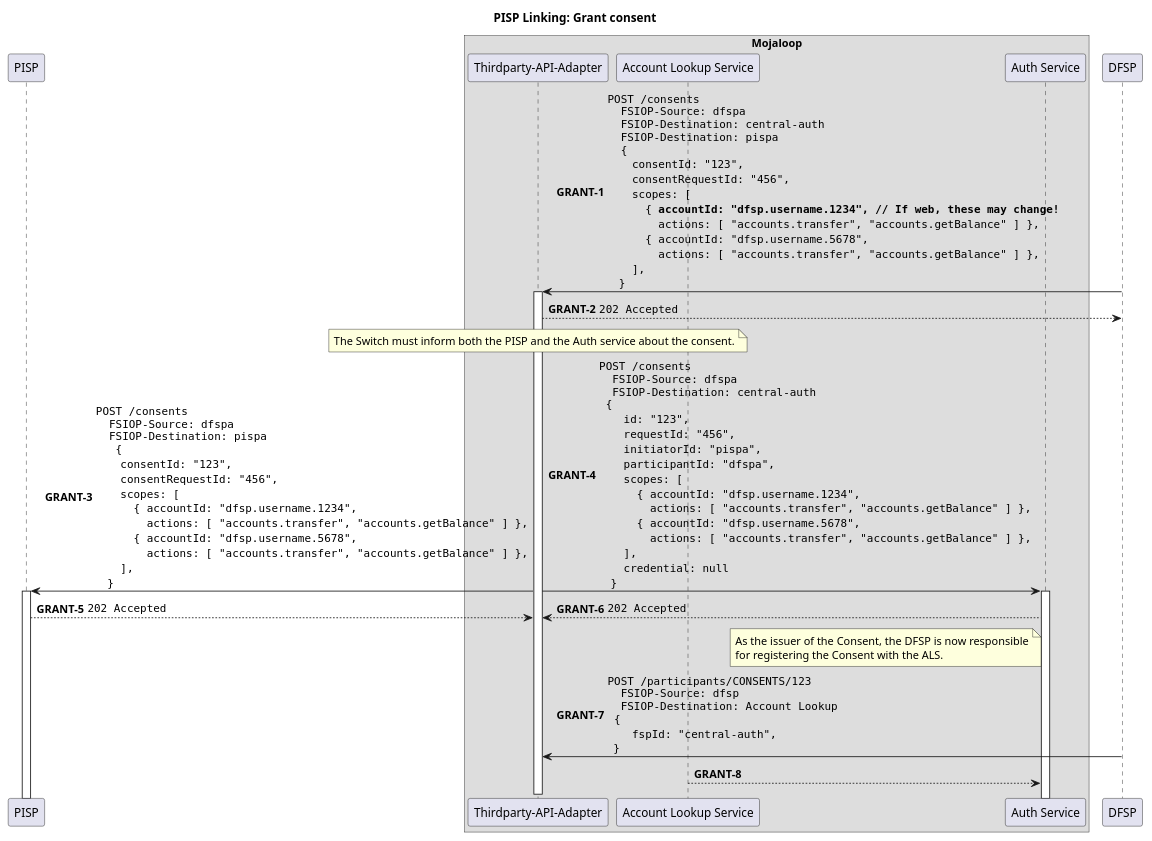
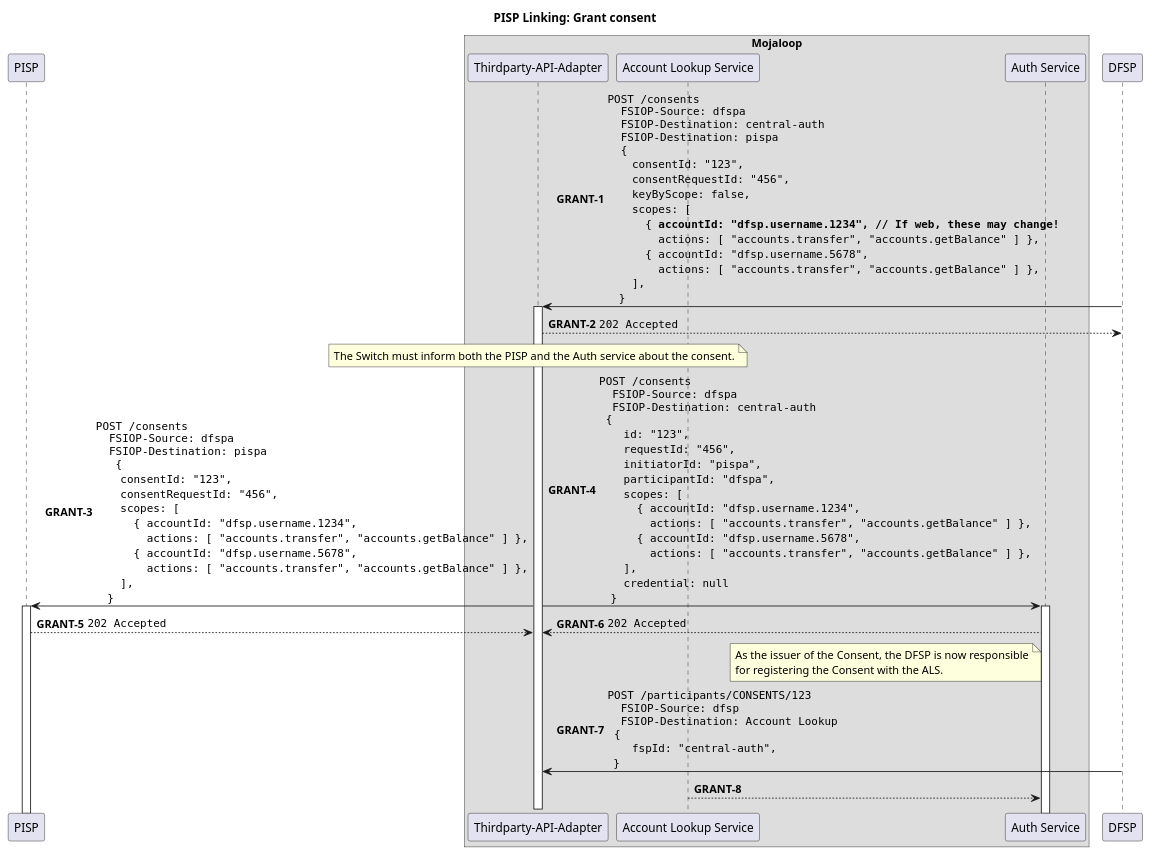
Before and after one commit to mojaloop/pisp-project: the diagram in docs/linking/4-grant-consent.puml, drawn with PlantUML. The commit also changed 2 other files, not shown here.

```diff
--- a/docs/linking/4-grant-consent.puml
+++ b/docs/linking/4-grant-consent.puml
@@ -1,89 +1,92 @@
 @startuml
 
 !pragma teoz true
 
 title PISP Linking: Grant consent
 
 participant "PISP" as PISP
 
 box "Mojaloop"
     participant "Thirdparty-API-Adapter" as Switch
     participant "Account Lookup Service" as ALS
     participant "Auth Service" as Auth
 end box
 
 participant "DFSP" as DFSP
 
 autonumber 1 "<b>GRANT-#</b>"
 
 DFSP -> Switch ++: ""POST /consents""\n\
 ""  FSIOP-Source: dfspa""\n\
 ""  FSIOP-Destination: central-auth""\n\
 ""  FSIOP-Destination: pispa""\n\
 ""  {""\n\
     ""  consentId: "123",""\n\
     ""  consentRequestId: "456",""\n\
+    ""  keyByScope: false,""\n\
     ""  scopes: [ ""\n\
     ""    { **accountId: "dfsp.username.1234", // If web, these may change!**""\n\
     ""      actions: [ "accounts.transfer", "accounts.getBalance" ] },""\n\
     ""    { accountId: "dfsp.username.5678",""\n\
     ""      actions: [ "accounts.transfer", "accounts.getBalance" ] },""\n\
     ""  ],""\n\
     ""}""
 Switch --> DFSP: ""202 Accepted""
 deactivate DFSP
 
 note over Switch
   The Switch must inform both the PISP and the Auth service about the consent.
 end note
 
 Switch -> PISP ++: ""POST /consents""\n\
 ""  FSIOP-Source: dfspa""\n\
 ""  FSIOP-Destination: pispa""\n\
 ""   {""\n\
     ""  consentId: "123",""\n\
     ""  consentRequestId: "456",""\n\
     ""  scopes: [ ""\n\
     ""    { accountId: "dfsp.username.1234",""\n\
     ""      actions: [ "accounts.transfer", "accounts.getBalance" ] },""\n\
     ""    { accountId: "dfsp.username.5678",""\n\
     ""      actions: [ "accounts.transfer", "accounts.getBalance" ] },""\n\
     ""  ],""\n\
     ""}""
 & Switch -> Auth ++: ""POST /consents""\n\
 ""  FSIOP-Source: dfspa""\n\
 ""  FSIOP-Destination: central-auth""\n\
 "" {""\n\
     ""  id: "123",""\n\
     ""  requestId: "456",""\n\
     ""  initiatorId: "pispa",""\n\
     ""  participantId: "dfspa",""\n\
     ""  scopes: [ ""\n\
     ""    { accountId: "dfsp.username.1234",""\n\
     ""      actions: [ "accounts.transfer", "accounts.getBalance" ] },""\n\
     ""    { accountId: "dfsp.username.5678",""\n\
     ""      actions: [ "accounts.transfer", "accounts.getBalance" ] },""\n\
     ""  ],""\n\
     ""  credential: null""\n\
     ""}""
 
 PISP --> Switch: ""202 Accepted""
 & Auth --> Switch: ""202 Accepted""
 
+' TODO: move this to the DFSP somwehere
+' also, we should be registering the party or something
 note left of Auth
   As the issuer of the Consent, the DFSP is now responsible
   for registering the Consent with the ALS.
 end note
 
 DFSP -> Switch: ""POST /participants/CONSENTS/123""\n\
 ""  FSIOP-Source: dfsp""\n\
 ""  FSIOP-Destination: Account Lookup""\n\
 "" {""\n\
     ""  fspId: "central-auth",""\n\
   ""}""
 
 ALS --> Auth:
 
 deactivate Switch
 
 @enduml
```
